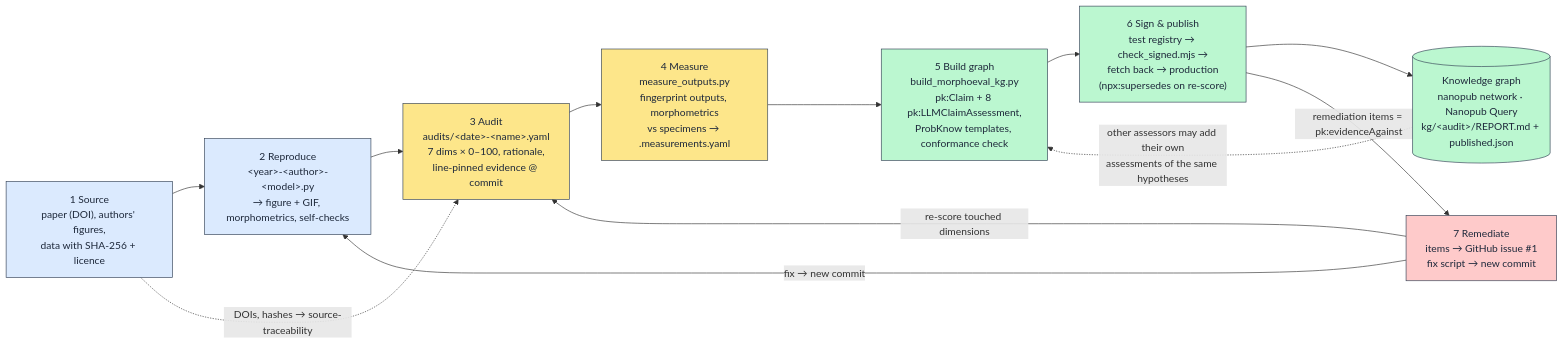
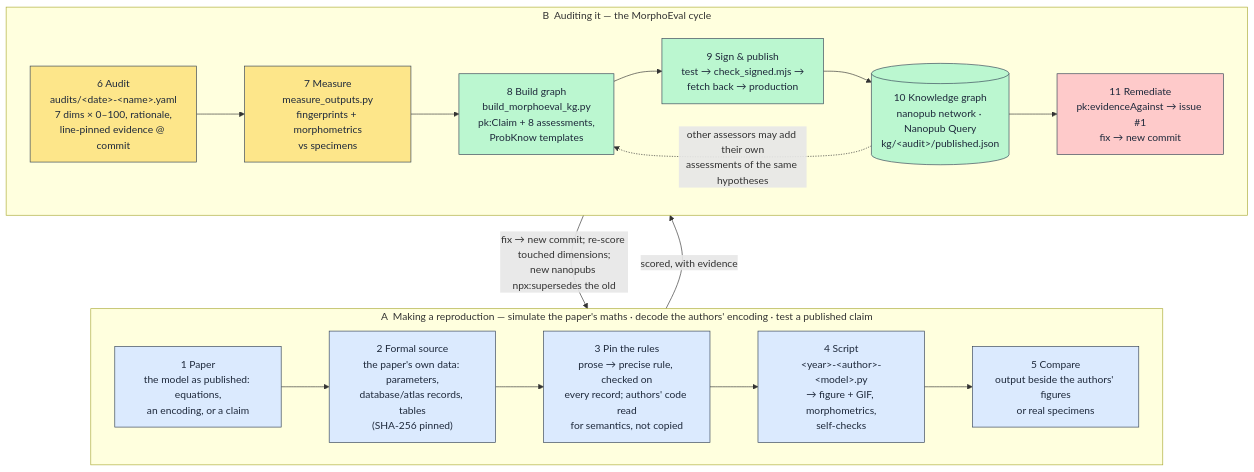
One commit to fractastical/morpholib changed the diagram in morphoeval/README.md. Above: the diagram before and after it, drawn with Mermaid. The commit also changed other lines of this file and 7 other files, not shown here.

First line of the commit message:
README montage of all thirteen forms; two-tier pipeline diagram

````diff
--- a/morphoeval/README.md
+++ b/morphoeval/README.md
@@ -50,23 +52,32 @@
 ```mermaid
-flowchart LR
+flowchart TB
     classDef build fill:#dbeafe,stroke:#334155,color:#1e293b
     classDef eval fill:#fde68a,stroke:#334155,color:#1e293b
     classDef pub fill:#bbf7d0,stroke:#334155,color:#1e293b
     classDef loop fill:#fecaca,stroke:#334155,color:#1e293b
 
-    S["1 Source<br/>paper (DOI), authors' figures,<br/>data with SHA-256 + licence"]:::build
-    R["2 Reproduce<br/>&lt;year&gt;-&lt;author&gt;-&lt;model&gt;.py<br/>→ figure + GIF, morphometrics, self-checks"]:::build
-    A["3 Audit<br/>audits/&lt;date&gt;-&lt;name&gt;.yaml<br/>7 dims × 0–100, rationale,<br/>line-pinned evidence @ commit"]:::eval
-    M["4 Measure<br/>measure_outputs.py<br/>fingerprint outputs, morphometrics<br/>vs specimens → .measurements.yaml"]:::eval
-    B["5 Build graph<br/>build_morphoeval_kg.py<br/>pk:Claim + 8 pk:LLMClaimAssessment,<br/>ProbKnow templates, conformance check"]:::pub
-    P["6 Sign &amp; publish<br/>test registry → check_signed.mjs →<br/>fetch back → production<br/>(npx:supersedes on re-score)"]:::pub
-    G[("Knowledge graph<br/>nanopub network · Nanopub Query<br/>kg/&lt;audit&gt;/REPORT.md + published.json")]:::pub
-    T["7 Remediate<br/>items → GitHub issue #1<br/>fix script → new commit"]:::loop
+    subgraph A["A &nbsp;Making a reproduction — simulate the paper's maths · decode the authors' encoding · test a published claim"]
+        direction LR
+        P["1 Paper<br/>the model as published: equations,<br/>an encoding, or a claim"]:::build
+        S["2 Formal source<br/>the paper's own data: parameters,<br/>database/atlas records, tables<br/>(SHA-256 pinned)"]:::build
+        R["3 Pin the rules<br/>prose → precise rule, checked on<br/>every record; authors' code read<br/>for semantics, not copied"]:::build
+        X["4 Script<br/>&lt;year&gt;-&lt;author&gt;-&lt;model&gt;.py<br/>→ figure + GIF, morphometrics,<br/>self-checks"]:::build
+        C["5 Compare<br/>output beside the authors' figures<br/>or real specimens"]:::build
+        P --> S --> R --> X --> C
+    end
 
-    S --> R --> A --> M --> B --> P --> G
-    S -. DOIs, hashes → source-traceability .-> A
-    P -- remediation items = pk:evidenceAgainst --> T
-    T -- "fix → new commit" --> R
-    T -- "re-score touched dimensions" --> A
-    G -. other assessors may add their own<br/>assessments of the same hypotheses .-> B
+    subgraph B["B &nbsp;Auditing it — the MorphoEval cycle"]
+        direction LR
+        AU["6 Audit<br/>audits/&lt;date&gt;-&lt;name&gt;.yaml<br/>7 dims × 0–100, rationale,<br/>line-pinned evidence @ commit"]:::eval
+        M["7 Measure<br/>measure_outputs.py<br/>fingerprints + morphometrics<br/>vs specimens"]:::eval
+        BG["8 Build graph<br/>build_morphoeval_kg.py<br/>pk:Claim + 8 assessments,<br/>ProbKnow templates"]:::pub
+        PU["9 Sign &amp; publish<br/>test → check_signed.mjs →<br/>fetch back → production"]:::pub
+        G[("10 Knowledge graph<br/>nanopub network · Nanopub Query<br/>kg/&lt;audit&gt;/published.json")]:::pub
+        T["11 Remediate<br/>pk:evidenceAgainst → issue #1<br/>fix → new commit"]:::loop
+        AU --> M --> BG --> PU --> G --> T
+    end
+
+    C -- scored, with evidence --> AU
+    T -- "fix → new commit; re-score touched dimensions;<br/>new nanopubs npx:supersedes the old" --> X
+    G -. other assessors may add their own<br/>assessments of the same hypotheses .-> BG
 ```
````
